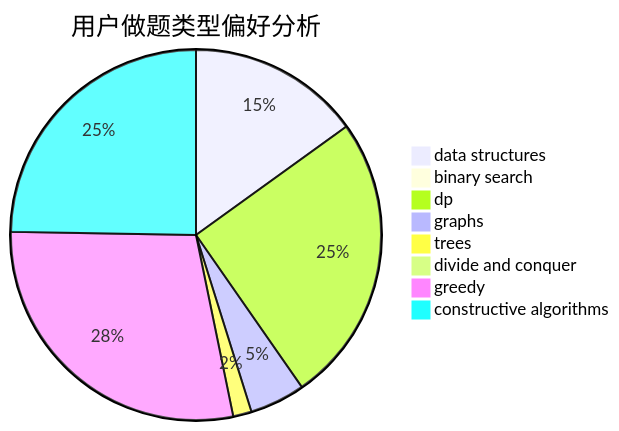
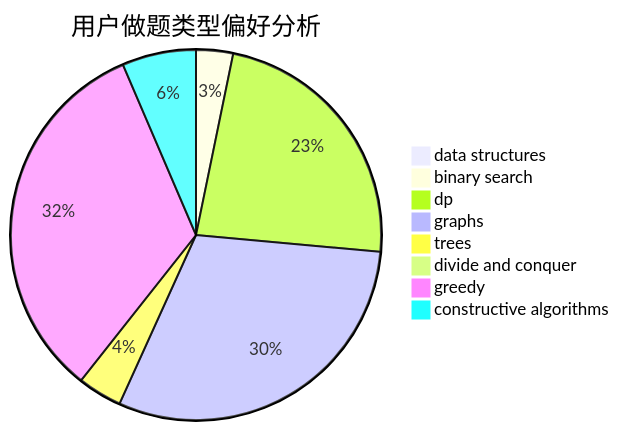
Before and after one commit to sherpahu/cfrs.github.io: the second of 3 diagrams in docs/user/u2010.md, drawn with Mermaid. The commit also changed other lines of this file and 2770 other files, not shown here.

````diff
--- a/docs/user/u2010.md
+++ b/docs/user/u2010.md
@@ -23,11 +23,11 @@
 ```mermaid
 pie title 用户做题类型偏好分析
-    "data structures" :  28
-    "binary search" :  0
-    "dp" :  47
-    "graphs" :  9
-    "trees" :  3
-    "divide and conquer" :  0
-    "greedy" :  53
-    "constructive algorithms" :  46
+    "data structures" :  1
+    "binary search" :  5
+    "dp" :  36
+    "graphs" :  47
+    "trees" :  6
+    "divide and conquer" :  1
+    "greedy" :  51
+    "constructive algorithms" :  10
 ```
````
